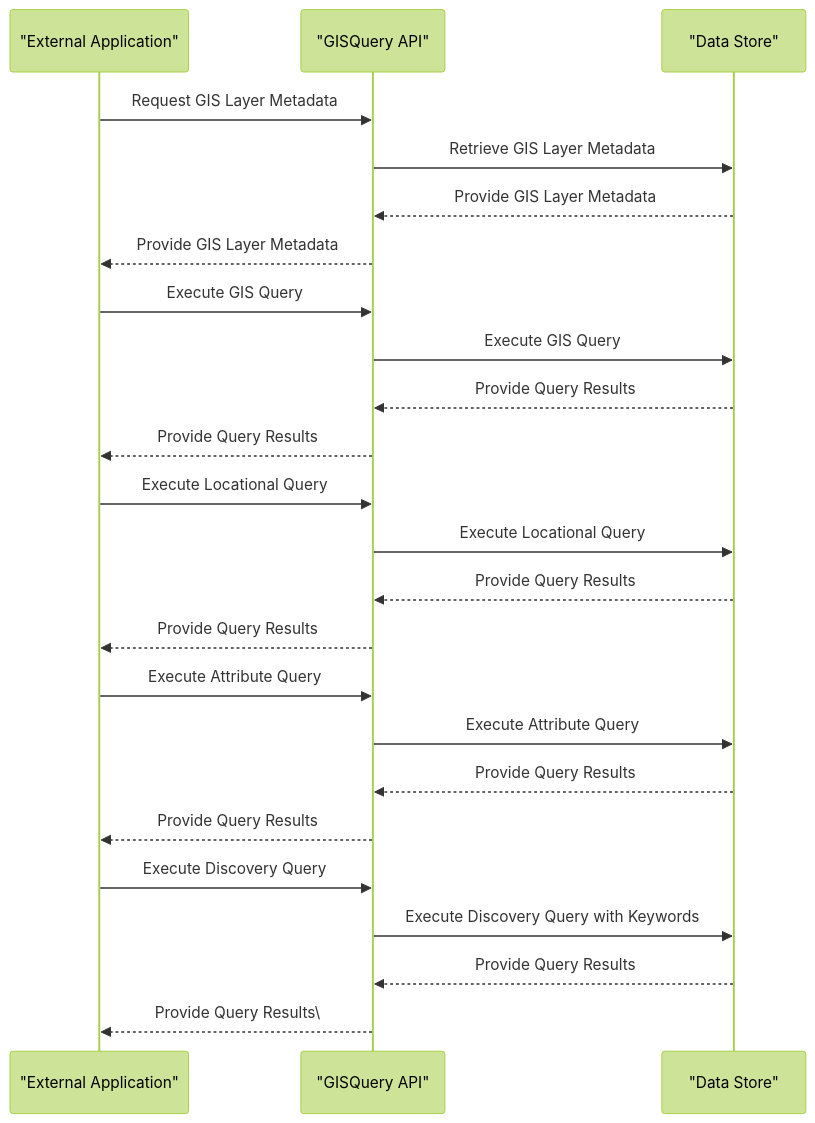
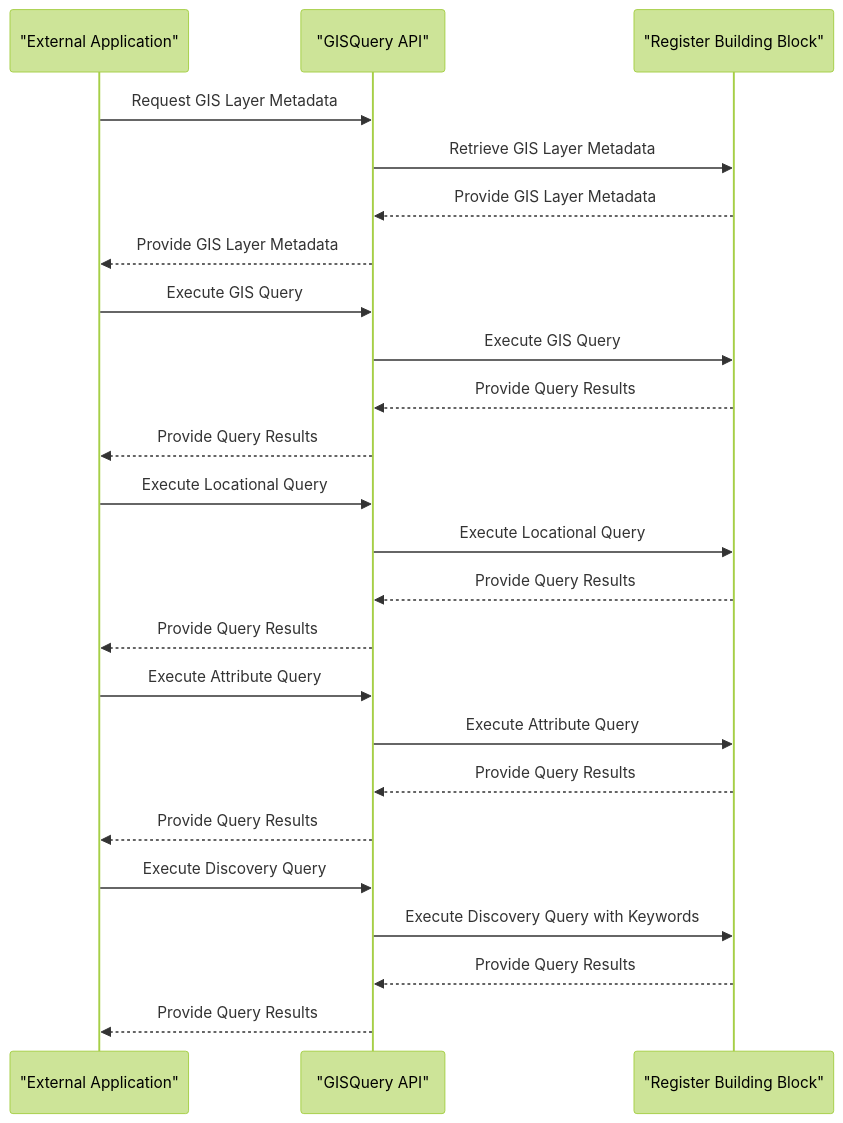
Before and after one commit to GovStackWorkingGroup/bb-gis: the fourth of 18 diagrams in spec/9-workflows.md, drawn with Mermaid (forest theme). The commit also changed other lines of this file and 20 other files, not shown here.

````diff
--- a/spec/9-workflows.md
+++ b/spec/9-workflows.md
@@ -125,32 +126,32 @@
 ```mermaid
 sequenceDiagram
   participant ExternalApp as "External Application"
   participant GISQueryAPI as "GISQuery API"
-  participant DataStore as "Data Store"
+  participant RegisterBB as "Register Building Block"
 
   ExternalApp ->> GISQueryAPI: Request GIS Layer Metadata
-  GISQueryAPI ->> DataStore: Retrieve GIS Layer Metadata
-  DataStore -->> GISQueryAPI: Provide GIS Layer Metadata
+  GISQueryAPI ->> RegisterBB: Retrieve GIS Layer Metadata
+  RegisterBB -->> GISQueryAPI: Provide GIS Layer Metadata
   GISQueryAPI -->> ExternalApp: Provide GIS Layer Metadata
 
   ExternalApp ->> GISQueryAPI: Execute GIS Query
-  GISQueryAPI ->> DataStore: Execute GIS Query
-  DataStore -->> GISQueryAPI: Provide Query Results
+  GISQueryAPI ->> RegisterBB: Execute GIS Query
+  RegisterBB -->> GISQueryAPI: Provide Query Results
   GISQueryAPI -->> ExternalApp: Provide Query Results
 
   ExternalApp ->> GISQueryAPI: Execute Locational Query
-  GISQueryAPI ->> DataStore: Execute Locational Query
-  DataStore -->> GISQueryAPI: Provide Query Results
+  GISQueryAPI ->> RegisterBB: Execute Locational Query
+  RegisterBB -->> GISQueryAPI: Provide Query Results
   GISQueryAPI -->> ExternalApp: Provide Query Results
 
   ExternalApp ->> GISQueryAPI: Execute Attribute Query
-  GISQueryAPI ->> DataStore: Execute Attribute Query
-  DataStore -->> GISQueryAPI: Provide Query Results
+  GISQueryAPI ->> RegisterBB: Execute Attribute Query
+  RegisterBB -->> GISQueryAPI: Provide Query Results
   GISQueryAPI -->> ExternalApp: Provide Query Results
 
   ExternalApp ->> GISQueryAPI: Execute Discovery Query
-  GISQueryAPI ->> DataStore: Execute Discovery Query with Keywords
-  DataStore -->> GISQueryAPI: Provide Query Results
-  GISQueryAPI -->> ExternalApp: Provide Query Results\
-  
+  GISQueryAPI ->> RegisterBB: Execute Discovery Query with Keywords
+  RegisterBB -->> GISQueryAPI: Provide Query Results
+  GISQueryAPI -->> ExternalApp: Provide Query Results
+
 ```
````
